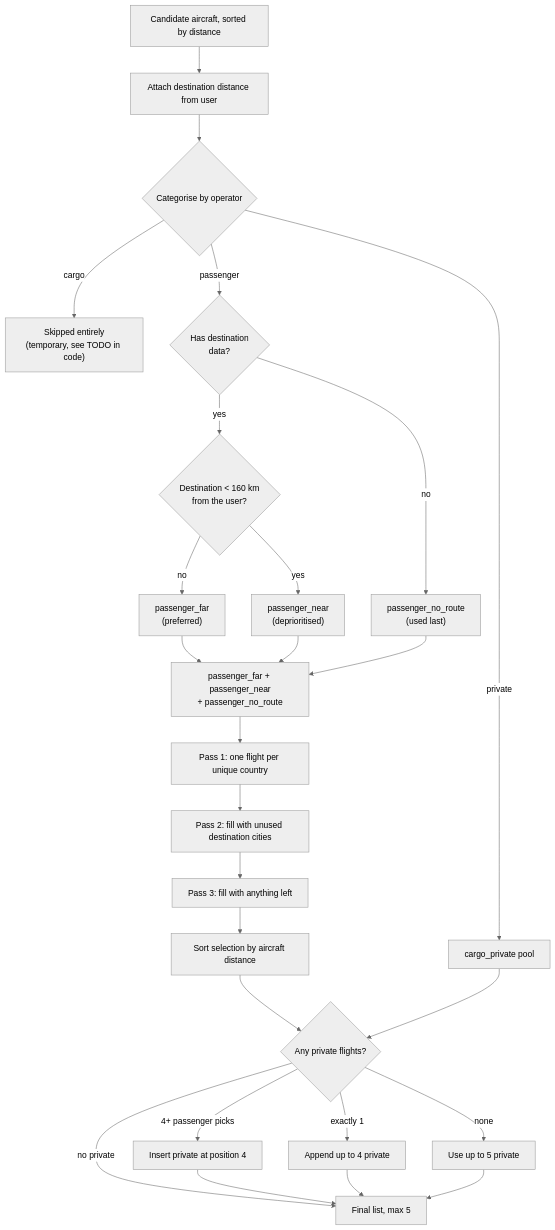
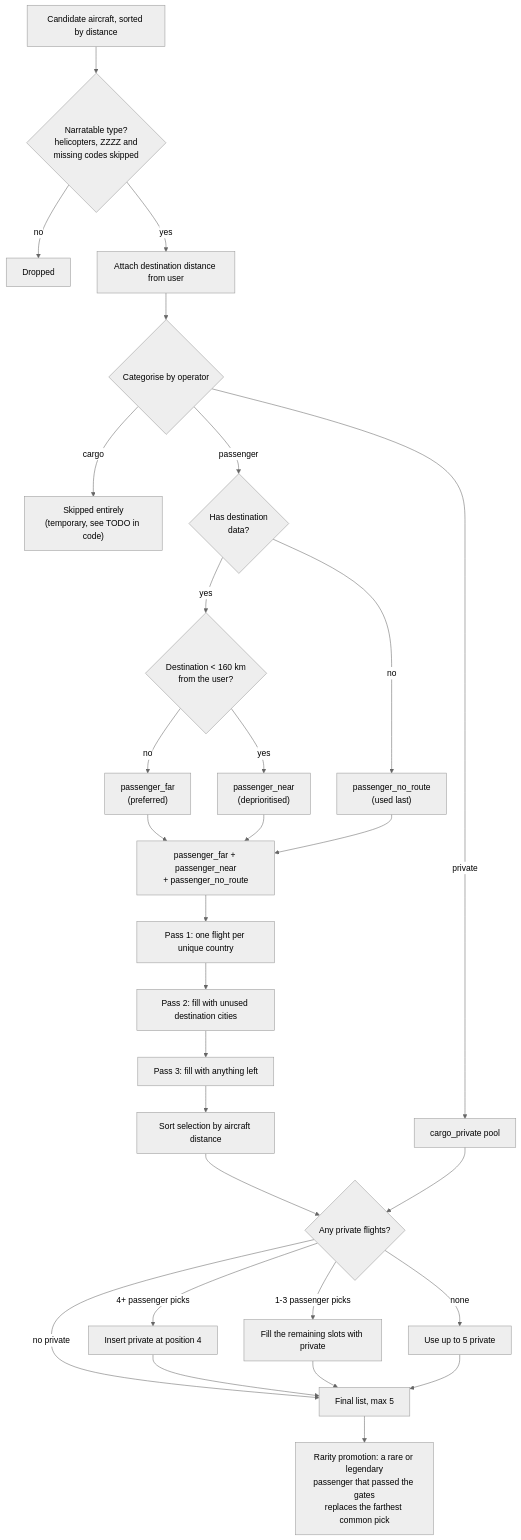
Before and after one commit to cjkm3rriman/dreaming-of-a-jet-plane: the fifth of 9 diagrams in docs/ARCHITECTURE.md, drawn with Mermaid (neutral theme). The commit also changed other lines of this file, not shown here.

First line of the commit message:
Refresh ARCHITECTURE.md: premium session assembly flow (#83)

````diff
--- a/docs/ARCHITECTURE.md
+++ b/docs/ARCHITECTURE.md
@@ -214,28 +373,31 @@
 ```mermaid
 flowchart TD
-    In["Candidate aircraft, sorted by distance"] --> Enrich["Attach destination distance from user"]
+    In["Candidate aircraft, sorted by distance"] --> Type{"Narratable type?<br/>helicopters, ZZZZ and<br/>missing codes skipped"}
+    Type -->|no| Skip["Dropped"]
+    Type -->|yes| Enrich["Attach destination distance from user"]
     Enrich --> Cat{"Categorise by operator"}
     Cat -->|cargo| Drop["Skipped entirely<br/>(temporary, see TODO in code)"]
     Cat -->|private| CP["cargo_private pool"]
     Cat -->|passenger| HasDest{"Has destination<br/>data?"}
     HasDest -->|no| NoRoute["passenger_no_route<br/>(used last)"]
     HasDest -->|yes| Dist{"Destination < 160 km<br/>from the user?"}
     Dist -->|yes| Near["passenger_near<br/>(deprioritised)"]
     Dist -->|no| Far["passenger_far<br/>(preferred)"]
     Far --> Pool["passenger_far + passenger_near<br/>+ passenger_no_route"]
     Near --> Pool
     NoRoute --> Pool
     Pool --> D1["Pass 1: one flight per unique country"]
     D1 --> D2["Pass 2: fill with unused destination cities"]
     D2 --> D3["Pass 3: fill with anything left"]
     D3 --> SortP["Sort selection by aircraft distance"]
     SortP --> Insert{"Any private flights?"}
     CP --> Insert
     Insert -->|4+ passenger picks| Slot4["Insert private at position 4"]
-    Insert -->|exactly 1| Append["Append up to 4 private"]
+    Insert -->|"1-3 passenger picks"| Append["Fill the remaining slots with private"]
     Insert -->|none| Only["Use up to 5 private"]
     Insert -->|no private| Done
     Slot4 --> Done["Final list, max 5"]
     Append --> Done
     Only --> Done
+    Done --> Rar["Rarity promotion: a rare or legendary<br/>passenger that passed the gates<br/>replaces the farthest common pick"]
 ```
````
